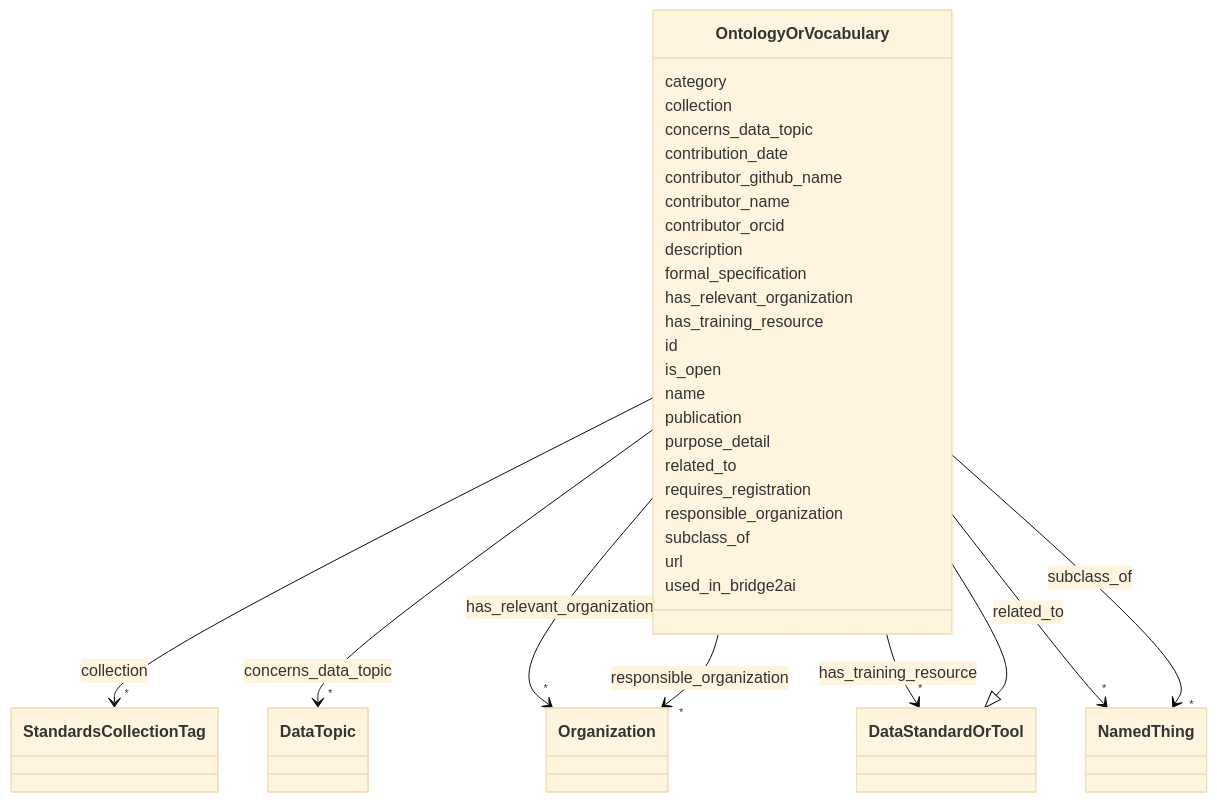
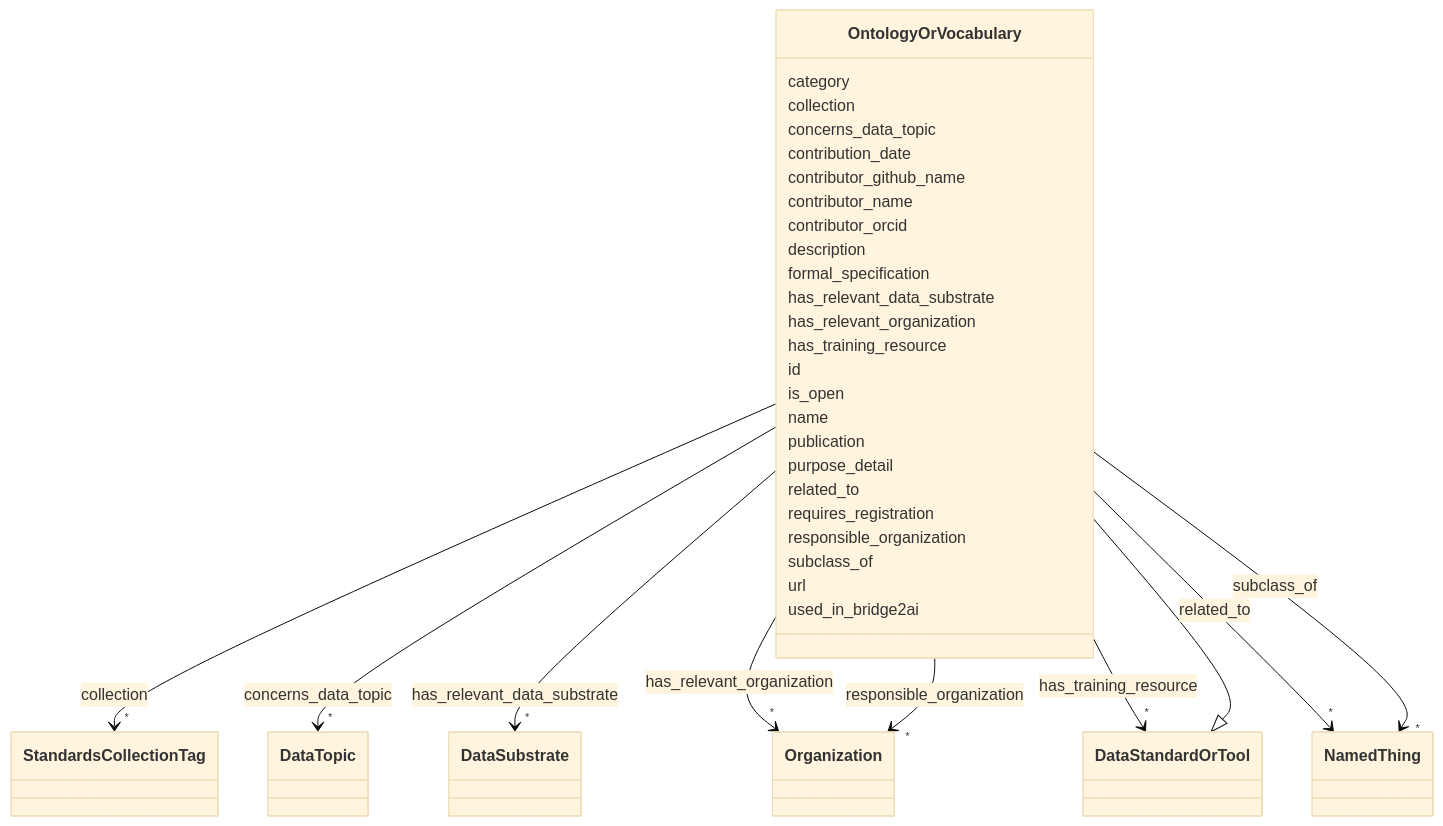
One commit to bridge2ai/standards-schemas changed the diagram in docs/OntologyOrVocabulary.md. Above: the diagram before and after it, drawn with Mermaid (base theme). The commit also changed other lines of this file and 38 other files, not shown here.

Commit message:
Update schema artifacts

```diff
--- a/docs/OntologyOrVocabulary.md
+++ b/docs/OntologyOrVocabulary.md
@@ -58,6 +58,17 @@
       OntologyOrVocabulary : description
         
       OntologyOrVocabulary : formal_specification
+        
+      OntologyOrVocabulary : has_relevant_data_substrate
+        
+          
+    
+        
+        
+        OntologyOrVocabulary --> "*" DataSubstrate : has_relevant_data_substrate
+        click DataSubstrate href "../DataSubstrate"
+    
+
         
       OntologyOrVocabulary : has_relevant_organization
         
```
